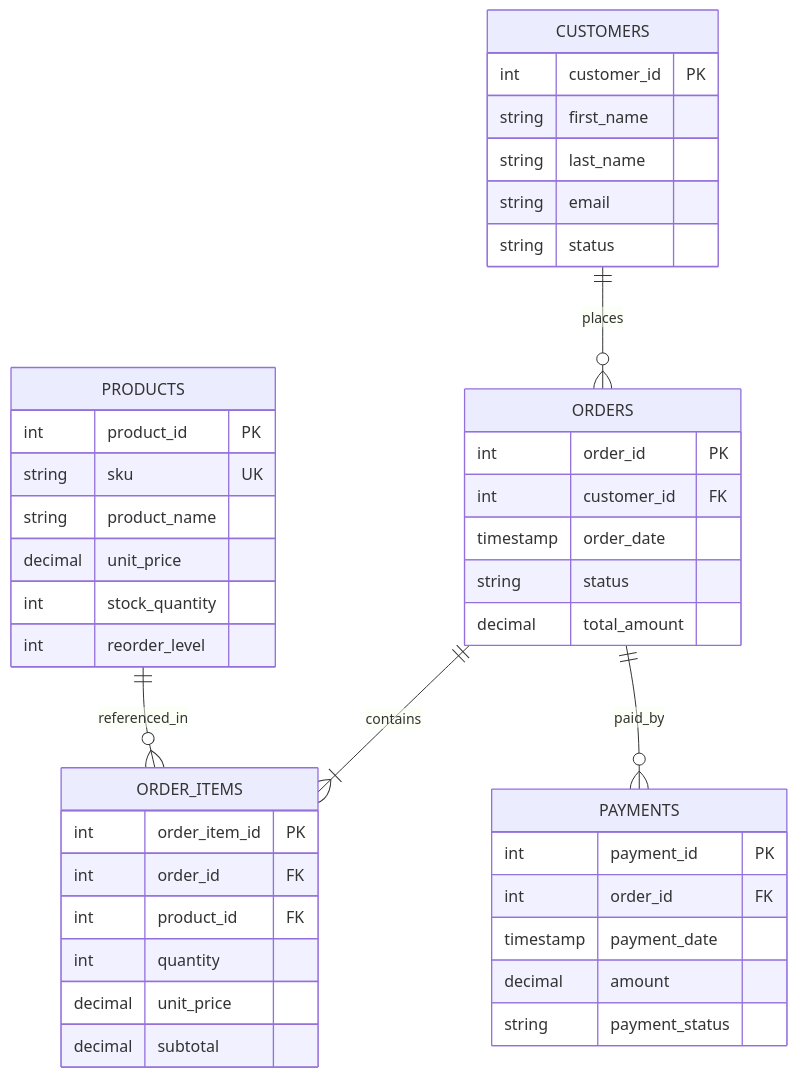
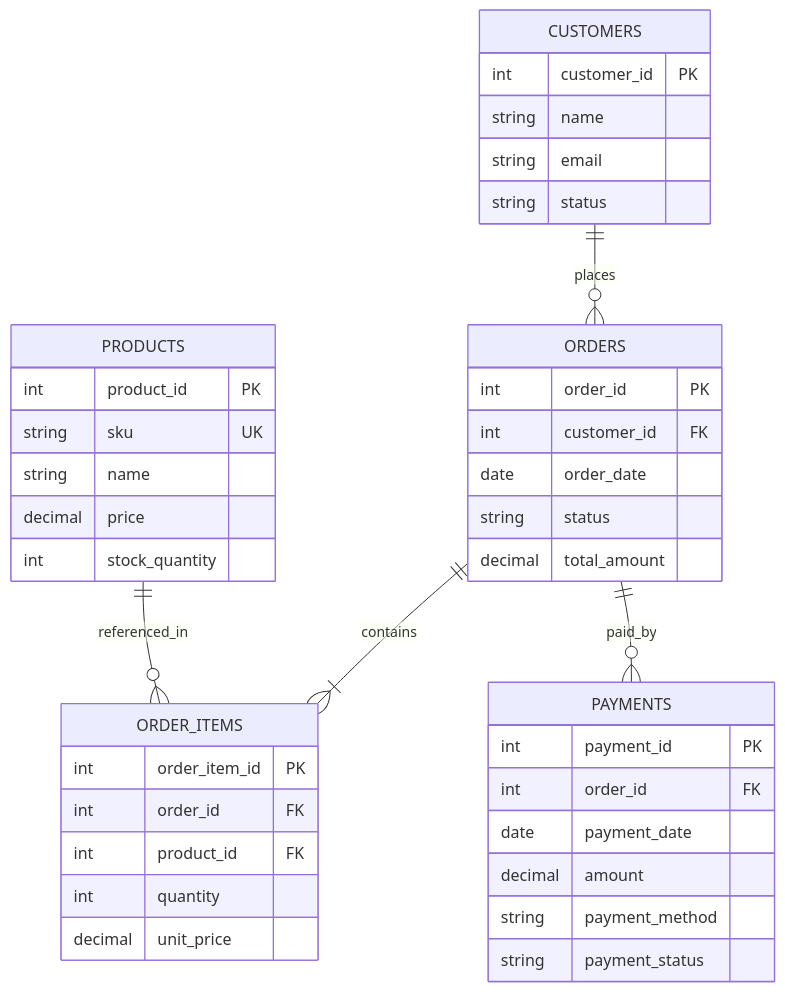
Before and after one commit to dhananjaykr9/e-commerce_support_simulation: the diagram in README.md, drawn with Mermaid. The commit also changed other lines of this file and 4 other files, not shown here.

Commit message:
Simplify project: streamlined schema, seed data, and clean queries

````diff
--- a/README.md
+++ b/README.md
@@ -24,45 +24,43 @@
 ```mermaid
 erDiagram
     CUSTOMERS ||--o{ ORDERS : places
     ORDERS ||--|{ ORDER_ITEMS : contains
     PRODUCTS ||--o{ ORDER_ITEMS : referenced_in
     ORDERS ||--o{ PAYMENTS : paid_by
 
     CUSTOMERS {
         int customer_id PK
-        string first_name
-        string last_name
+        string name
         string email
         string status
     }
     PRODUCTS {
         int product_id PK
         string sku UK
-        string product_name
-        decimal unit_price
+        string name
+        decimal price
         int stock_quantity
-        int reorder_level
     }
     ORDERS {
         int order_id PK
         int customer_id FK
-        timestamp order_date
+        date order_date
         string status
         decimal total_amount
     }
     ORDER_ITEMS {
         int order_item_id PK
         int order_id FK
         int product_id FK
         int quantity
         decimal unit_price
-        decimal subtotal
     }
     PAYMENTS {
         int payment_id PK
         int order_id FK
-        timestamp payment_date
+        date payment_date
         decimal amount
+        string payment_method
         string payment_status
     }
 ```
````
